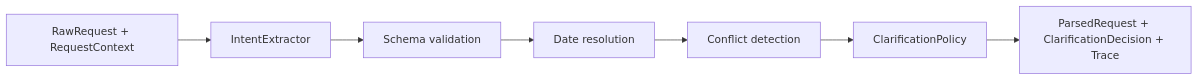
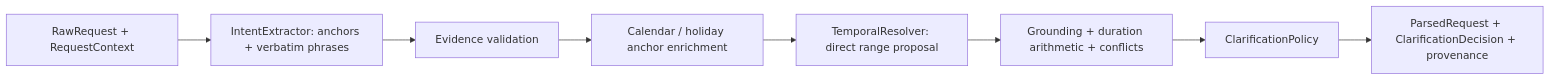
Before and after one commit to shawwwwnK/award-search-agent: the diagram in docs/architecture.md, drawn with Mermaid. The commit also changed other lines of this file and 53 other files, not shown here.

````diff
--- a/docs/architecture.md
+++ b/docs/architecture.md
@@ -28,12 +35,13 @@
 ```mermaid
 flowchart LR
     A["RawRequest + RequestContext"]
-    B["IntentExtractor"]
-    C["Schema validation"]
-    D["Date resolution"]
-    E["Conflict detection"]
-    F["ClarificationPolicy"]
-    G["ParsedRequest + ClarificationDecision + Trace"]
+    B["IntentExtractor: anchors + verbatim phrases"]
+    C["Evidence validation"]
+    D["Calendar / holiday anchor enrichment"]
+    E["TemporalResolver: direct range proposal"]
+    F["Grounding + duration arithmetic + conflicts"]
+    G["ClarificationPolicy"]
+    H["ParsedRequest + ClarificationDecision + provenance"]
 
-    A --> B --> C --> D --> E --> F --> G
+    A --> B --> C --> D --> E --> F --> G --> H
 ```
````
